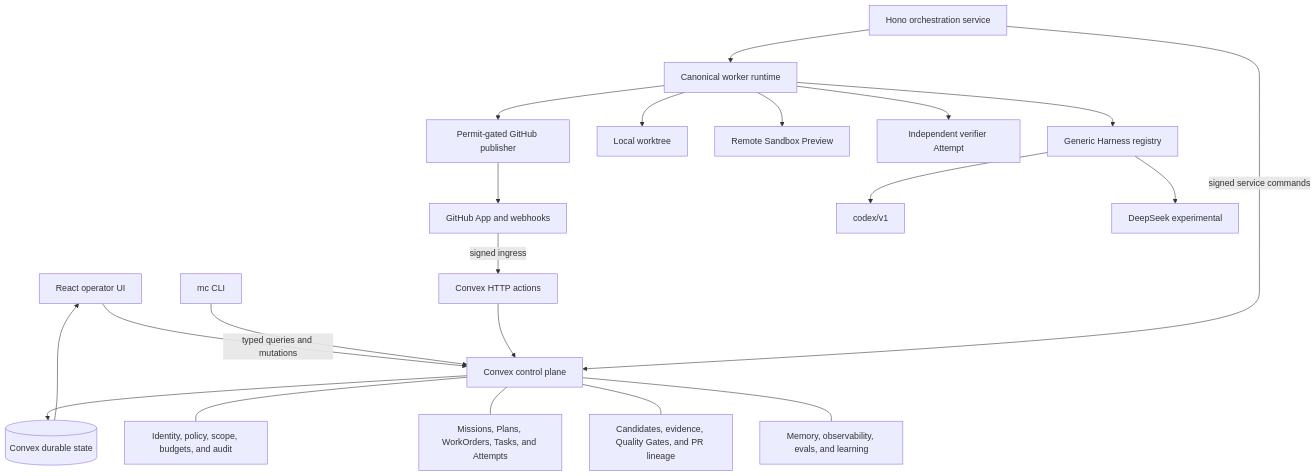
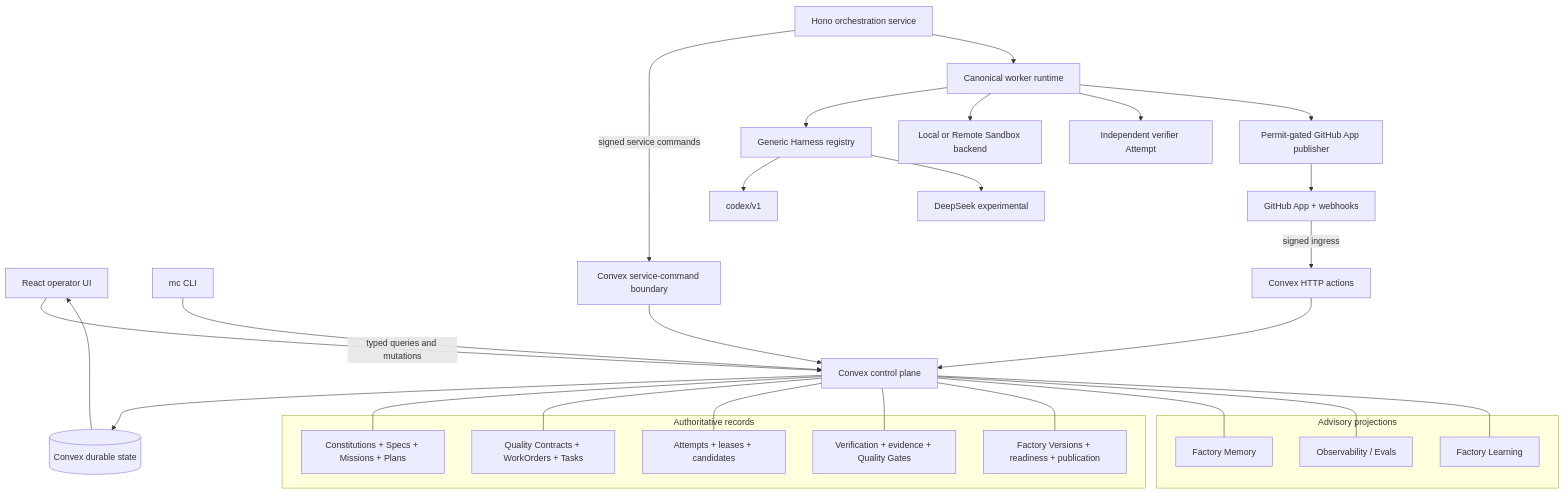
One commit to jaydubya818/MissionControl changed the second of 2 diagrams in README.md. Above: the diagram before and after it, drawn with Mermaid. The commit also changed other lines of this file, not shown here.

````diff
--- a/README.md
+++ b/README.md
@@ -357,27 +820,46 @@
 ```mermaid
 flowchart TB
-    UI["React operator UI"] -->|"typed queries and mutations"| CX["Convex control plane"]
+    UI["React operator UI"] -->|typed queries and mutations| CX["Convex control plane"]
     CLI["mc CLI"] --> CX
 
-    GH["GitHub App and webhooks"] -->|"signed ingress"| HTTP["Convex HTTP actions"]
+    GH["GitHub App + webhooks"] -->|signed ingress| HTTP["Convex HTTP actions"]
     HTTP --> CX
 
-    ORCH["Hono orchestration service"] -->|"signed service commands"| CX
+    ORCH["Hono orchestration service"] -->|signed service commands| SC["Convex service-command boundary"]
+    SC --> CX
     ORCH --> WORKER["Canonical worker runtime"]
     WORKER --> REG["Generic Harness registry"]
     REG --> CODEX["codex/v1"]
     REG --> DEEP["DeepSeek experimental"]
-    WORKER --> LOCAL["Local worktree"]
-    WORKER --> REMOTE["Remote Sandbox Preview"]
-    WORKER --> VERIFY["Independent verifier Attempt"]
-    WORKER --> PUBLISH["Permit-gated GitHub publisher"]
-    PUBLISH --> GH
+    WORKER --> SBX["Local or Remote Sandbox backend"]
+    WORKER --> VER["Independent verifier Attempt"]
+    WORKER --> PUB["Permit-gated GitHub App publisher"]
+    PUB --> GH
 
     CX --> DB[("Convex durable state")]
     DB --> UI
 
-    CX --- AUTH["Identity, policy, scope, budgets, and audit"]
-    CX --- DELIVERY["Missions, Plans, WorkOrders, Tasks, and Attempts"]
-    CX --- EVIDENCE["Candidates, evidence, Quality Gates, and PR lineage"]
-    CX --- ADVISORY["Memory, observability, evals, and learning"]
+    subgraph "Authoritative records"
+      M["Constitutions + Specs + Missions + Plans"]
+      Q["Quality Contracts + WorkOrders + Tasks"]
+      R["Attempts + leases + candidates"]
+      V["Verification + evidence + Quality Gates"]
+      F["Factory Versions + readiness + publication"]
+    end
+
+    CX --- M
+    CX --- Q
+    CX --- R
+    CX --- V
+    CX --- F
+
+    subgraph "Advisory projections"
+      MEM["Factory Memory"]
+      OBS["Observability / Evals"]
+      LEARN["Factory Learning"]
+    end
+
+    CX --- MEM
+    CX --- OBS
+    CX --- LEARN
 ```
````
